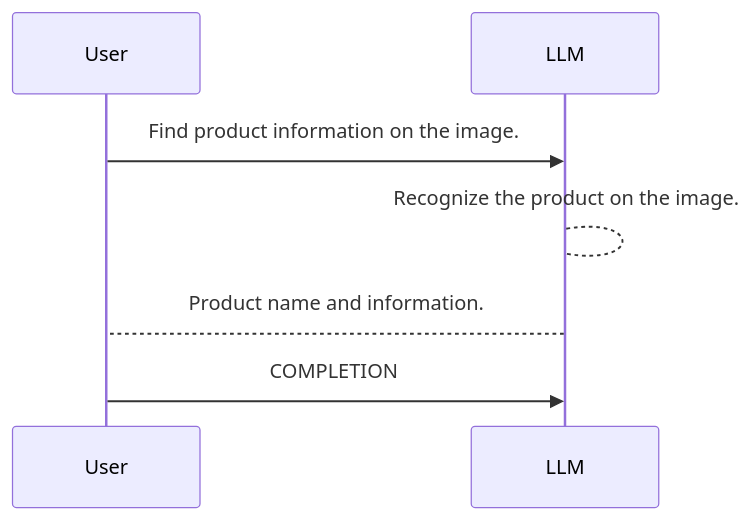
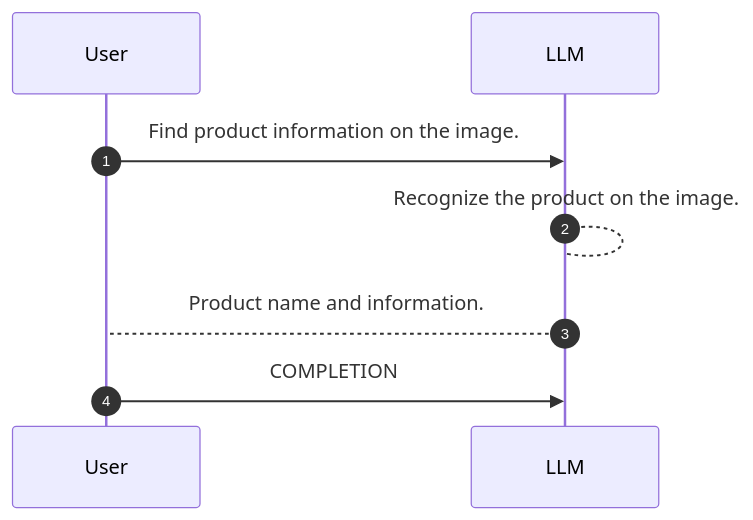
Before and after one commit to yueguoguo/yueguoguo.github.io: the first of 4 diagrams in _posts/2024-11-31-service-as-a-software.md, drawn with Mermaid. The commit also changed other lines of this file, not shown here.

```diff
--- a/_posts/2024-11-31-service-as-a-software.md
+++ b/_posts/2024-11-31-service-as-a-software.md
@@ -121,7 +121,8 @@
 <div class="mermaid">
 sequenceDiagram
+    autonumber
     User->>LLM: Find product information on the image.
     LLM-->LLM: Recognize the product on the image. 
     LLM-->User: Product name and information.
     User->>LLM: COMPLETION
 </div>
```
